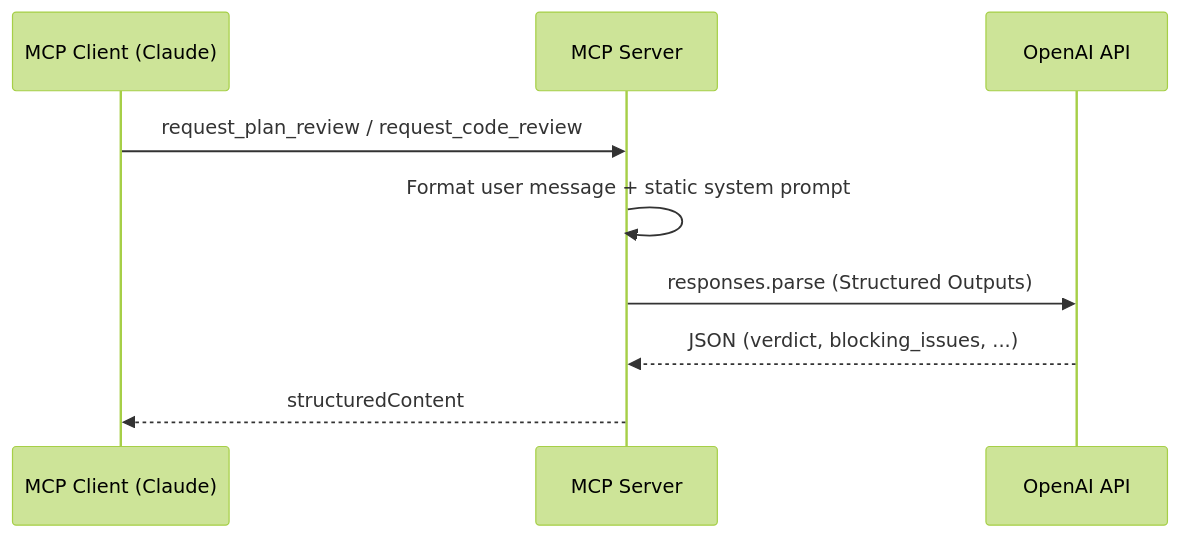
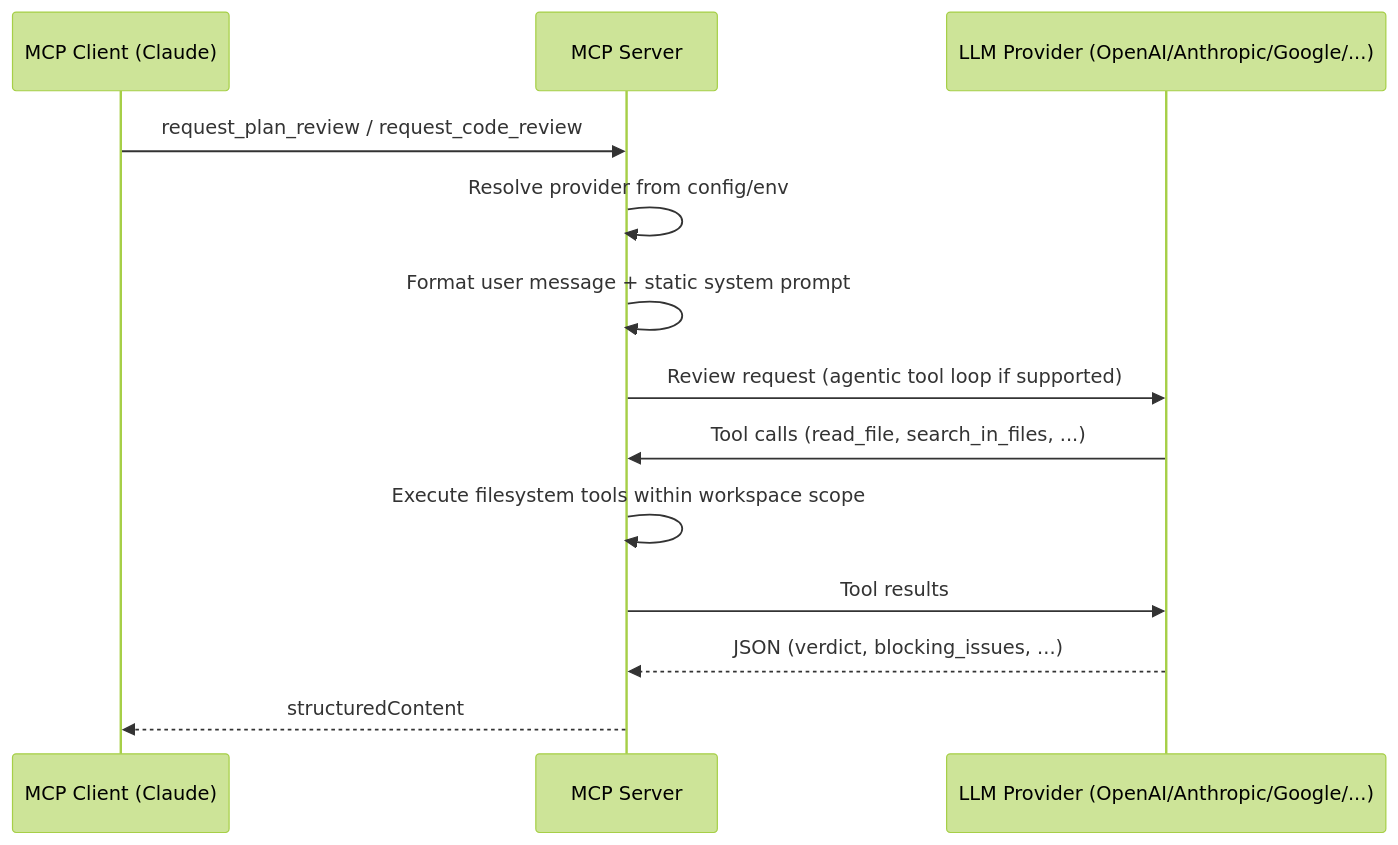
Before and after one commit to Planningo/duul: the second of 2 diagrams in README.md, drawn with Mermaid (forest theme). The commit also changed other lines of this file and 21 other files, not shown here.

First line of the commit message:
feat: multi-provider abstraction, iteration limits, execution partition, workspace scope enforcement

````diff
--- a/README.md
+++ b/README.md
@@ -48,12 +54,16 @@
 ```mermaid
 sequenceDiagram
     participant Client as MCP Client (Claude)
     participant Server as MCP Server
-    participant OpenAI as OpenAI API
+    participant Provider as LLM Provider (OpenAI/Anthropic/Google/...)
 
     Client->>Server: request_plan_review / request_code_review
+    Server->>Server: Resolve provider from config/env
     Server->>Server: Format user message + static system prompt
-    Server->>OpenAI: responses.parse (Structured Outputs)
-    OpenAI-->>Server: JSON (verdict, blocking_issues, ...)
+    Server->>Provider: Review request (agentic tool loop if supported)
+    Provider->>Server: Tool calls (read_file, search_in_files, ...)
+    Server->>Server: Execute filesystem tools within workspace scope
+    Server->>Provider: Tool results
+    Provider-->>Server: JSON (verdict, blocking_issues, ...)
     Server-->>Client: structuredContent
 ```
````
